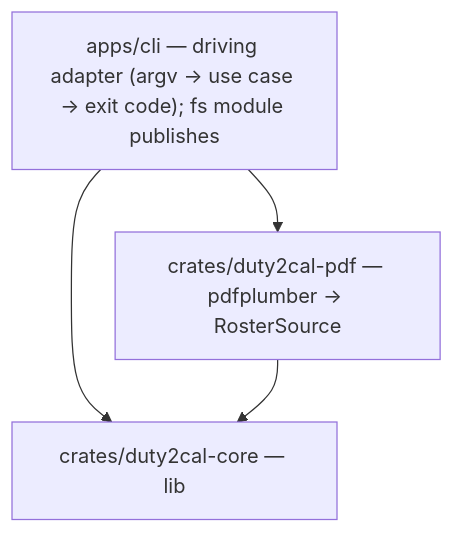
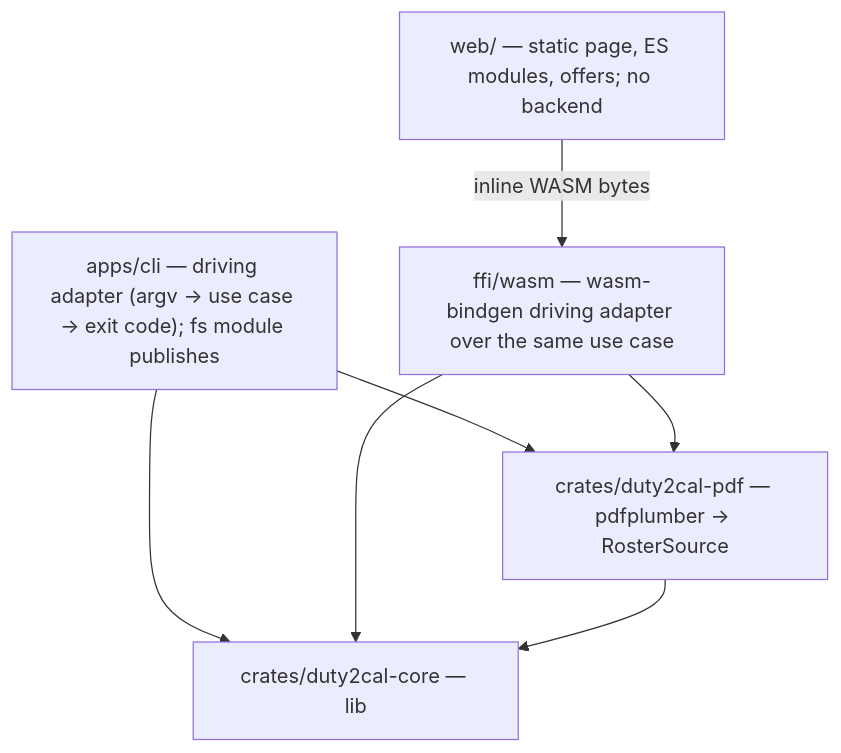
Before and after one commit to duty2cal/duty2cal: the first of 4 diagrams in docs/arc42/05-building-block-view.md, drawn with Mermaid. The commit also changed other lines of this file and 37 other files, not shown here.

````diff
--- a/docs/arc42/05-building-block-view.md
+++ b/docs/arc42/05-building-block-view.md
@@ -5,9 +5,14 @@
 ```mermaid
 flowchart TB
   CLI["apps/cli — driving adapter (argv → use case → exit code); fs module publishes"]
+  WASM["ffi/wasm — wasm-bindgen driving adapter over the same use case"]
+  WEB["web/ — static page, ES modules, offers; no backend"]
   PDF["crates/duty2cal-pdf — pdfplumber → RosterSource"]
   CORE["crates/duty2cal-core — lib"]
   CLI --> CORE
   CLI --> PDF
+  WASM --> CORE
+  WASM --> PDF
+  WEB -->|"inline WASM bytes"| WASM
   PDF --> CORE
 ```
````
